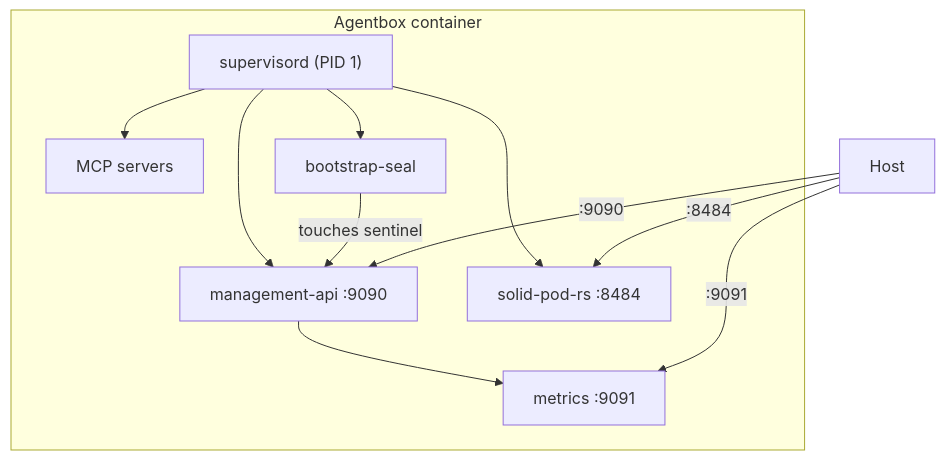
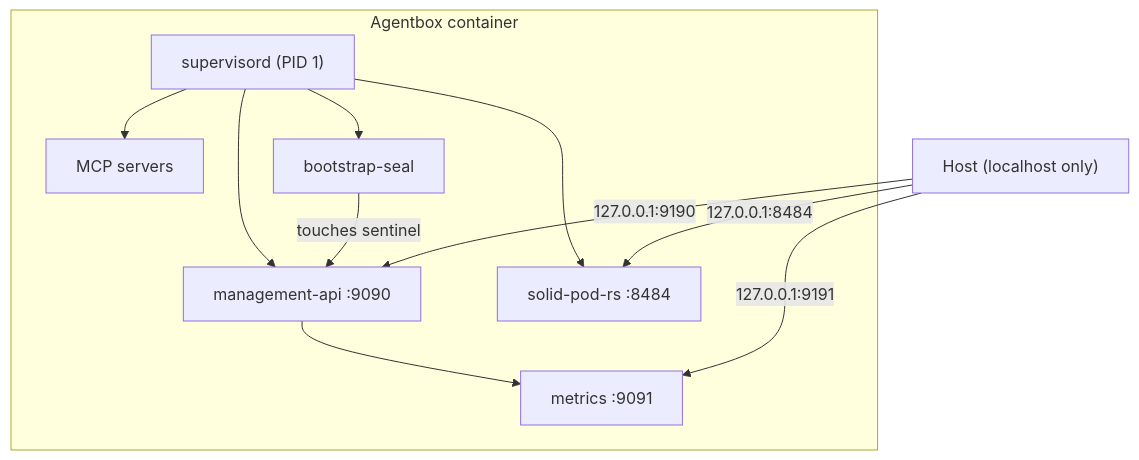
Before and after one commit to DreamLab-AI/agentbox: the fourth of 5 diagrams in docs/user/quickstart.md, drawn with Mermaid. The commit also changed other lines of this file, not shown here.

````diff
--- a/docs/user/quickstart.md
+++ b/docs/user/quickstart.md
@@ -300,20 +300,20 @@
 ```mermaid
 graph TB
     subgraph container["Agentbox container"]
         SUP["supervisord (PID 1)"]
         API["management-api :9090"]
         SOLID["solid-pod-rs :8484"]
         MCP["MCP servers"]
         SEAL["bootstrap-seal"]
         MET["metrics :9091"]
     end
     SUP --> API
     SUP --> SOLID
     SUP --> MCP
     SUP --> SEAL
     API --> MET
     SEAL -->|"touches sentinel"| API
-    HOST["Host"] -->|":9090"| API
-    HOST -->|":9091"| MET
-    HOST -->|":8484"| SOLID
+    HOST["Host (localhost only)"] -->|"127.0.0.1:9190"| API
+    HOST -->|"127.0.0.1:9191"| MET
+    HOST -->|"127.0.0.1:8484"| SOLID
 ```
````
